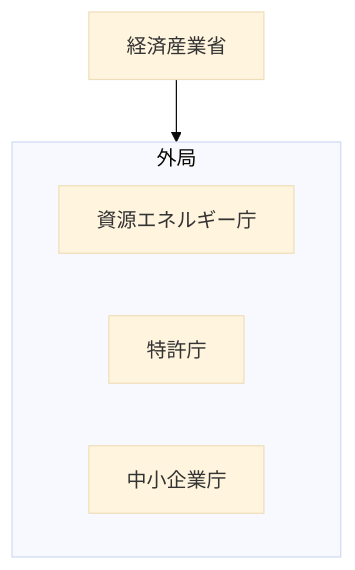
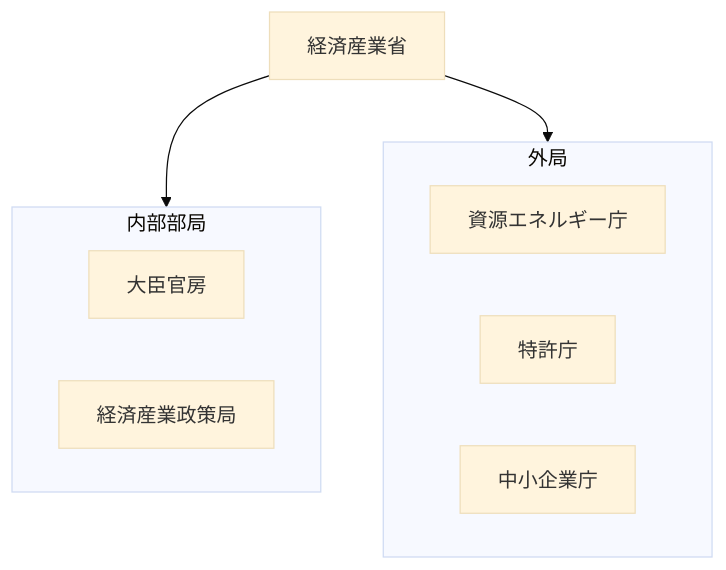
One commit to tatemaru/jp-admin-org-chart changed the diagram in 行政機構/経済産業省/README.md. Above: the diagram before and after it, drawn with Mermaid (base theme). The commit also changed other lines of this file and 18 other files, not shown here.

````diff
--- a/行政機構/経済産業省/README.md
+++ b/行政機構/経済産業省/README.md
@@ -5,10 +5,15 @@
 ```mermaid
 flowchart TB
   root["経済産業省"]
-  subgraph g0["外局"]
-    n0_0["資源エネルギー庁"]
-    n0_1["特許庁"]
-    n0_2["中小企業庁"]
+  subgraph g0["内部部局"]
+    n0_0["大臣官房"]
+    n0_1["経済産業政策局"]
   end
   root --> g0
+  subgraph g1["外局"]
+    n1_0["資源エネルギー庁"]
+    n1_1["特許庁"]
+    n1_2["中小企業庁"]
+  end
+  root --> g1
 ```
````
